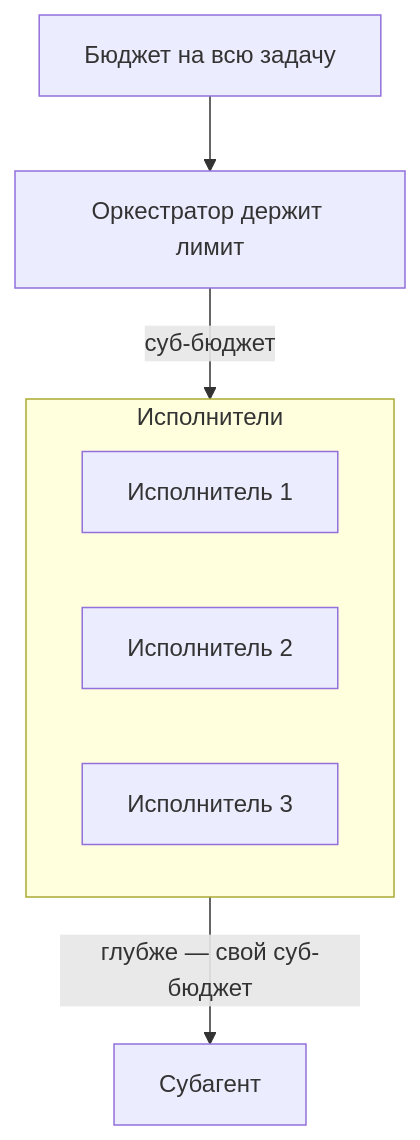
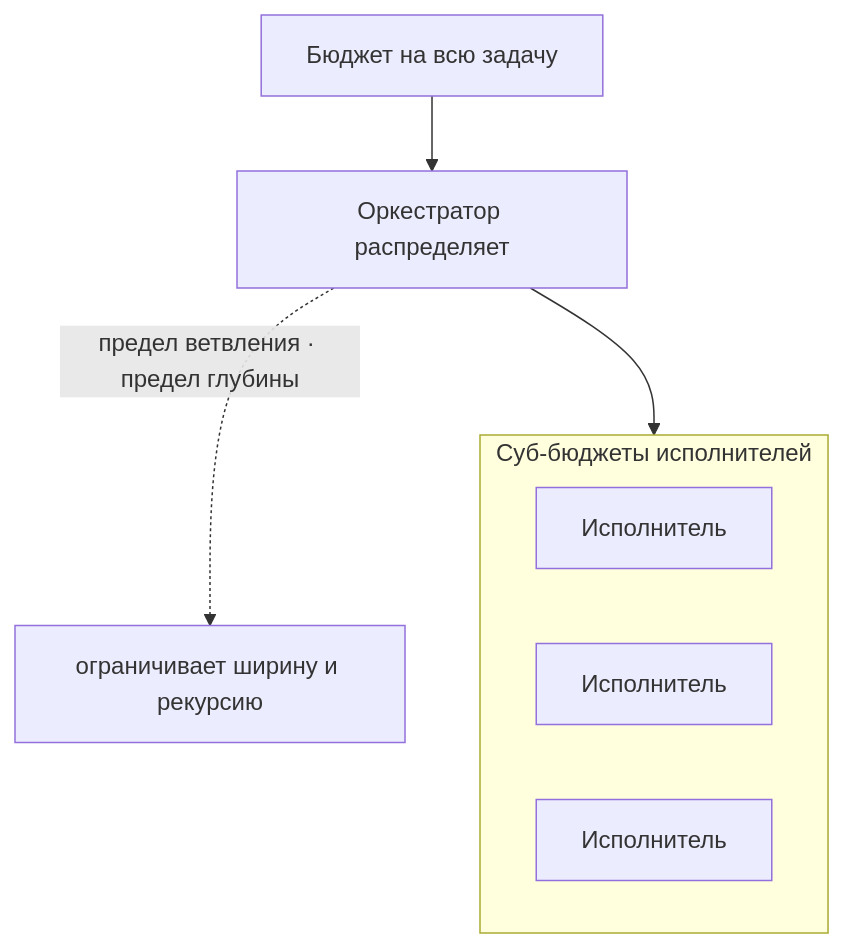
One commit to NikolaiSachok/ai-engineering-handbook changed the third of 3 diagrams in i18n/ru/docusaurus-plugin-content-docs/current/part-2-agents/multi-agent/deep-dive.md. Above: the diagram before and after it, drawn with Mermaid. The commit also changed other lines of this file and 21 other files, not shown here.

First line of the commit message:
fix(i18n): reconcile 28 drifted diagrams and make the parity gate read inside a fence (#453)

````diff
--- a/i18n/ru/docusaurus-plugin-content-docs/current/part-2-agents/multi-agent/deep-dive.md
+++ b/i18n/ru/docusaurus-plugin-content-docs/current/part-2-agents/multi-agent/deep-dive.md
@@ -264,12 +266,12 @@
 ```mermaid
 flowchart TD
-    T["Бюджет на всю задачу"] --> O["Оркестратор держит лимит"]
-    O -->|"суб-бюджет"| Workers
-    subgraph Workers["Исполнители"]
+    Total["Бюджет на всю задачу"] --> Orch["Оркестратор распределяет"]
+    Orch --> Workers
+    subgraph Workers["Суб-бюджеты исполнителей"]
         direction LR
-        W1["Исполнитель 1"]
-        W2["Исполнитель 2"]
-        W3["Исполнитель 3"]
+        W1["Исполнитель"]
+        W2["Исполнитель"]
+        W3["Исполнитель"]
     end
-    W2 -->|"глубже — свой суб-бюджет"| S1["Субагент"]
+    Orch -. "предел ветвления · предел глубины" .-> Lim["ограничивает ширину и рекурсию"]
 ```
````
